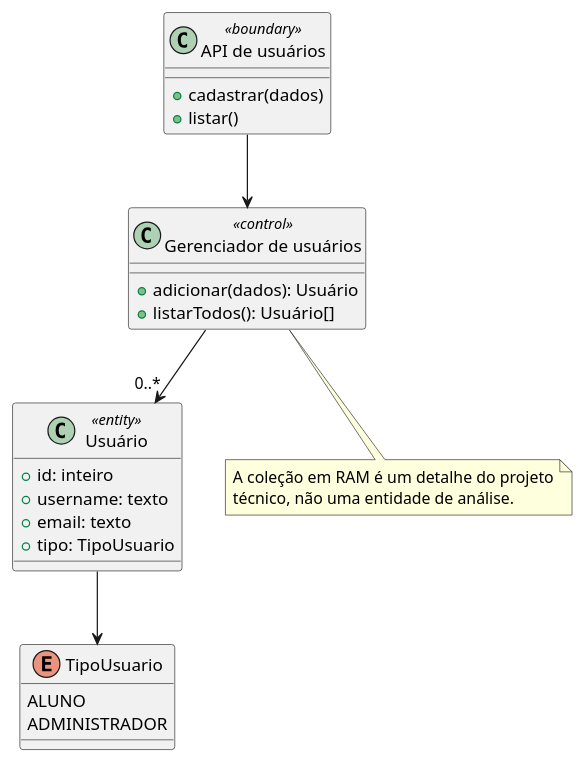
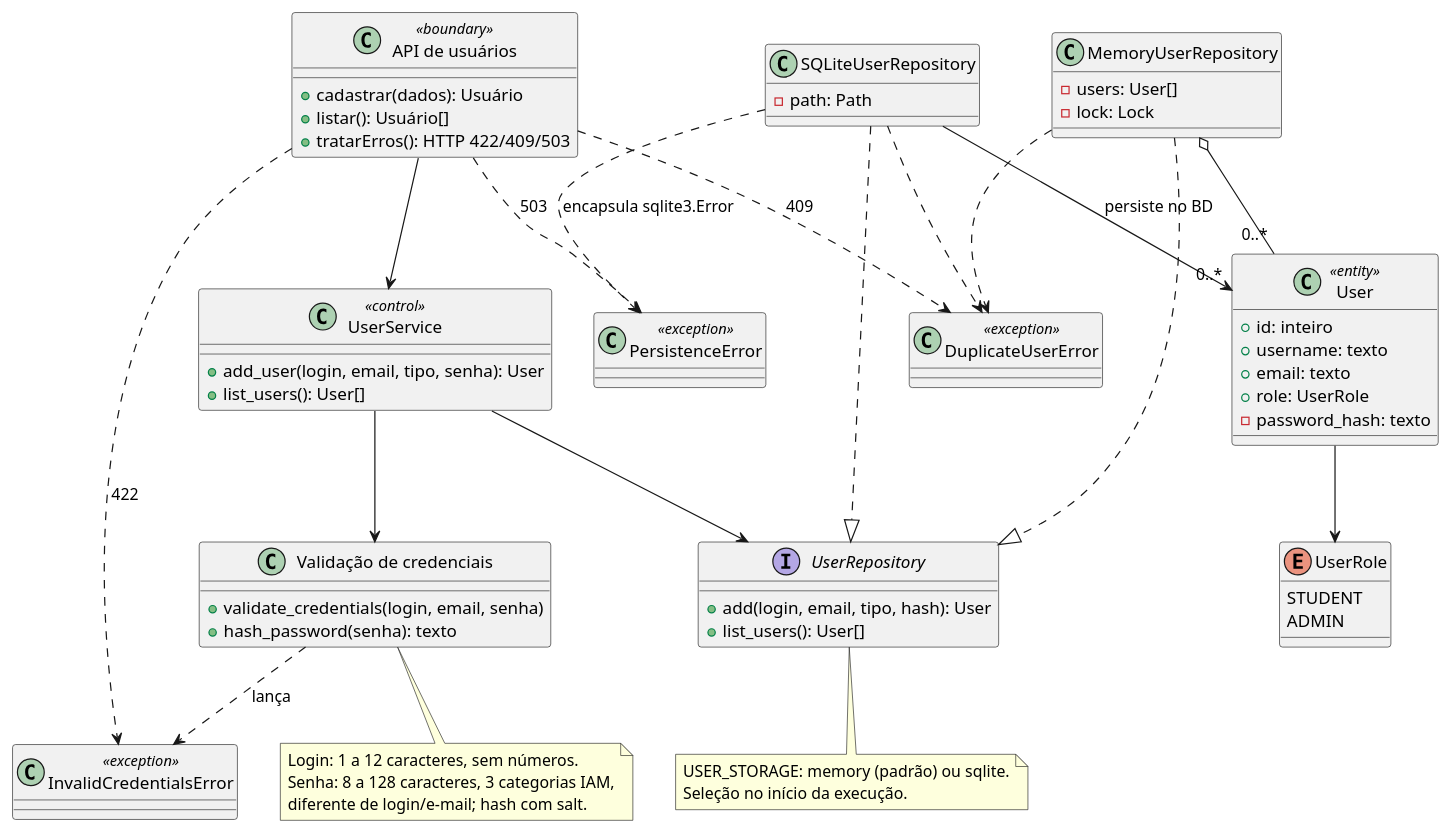
One commit to Miguelqfs/training-platform changed the diagram in docs/diagramas/classes-analise-usuarios.puml. Above: the diagram before and after it, drawn with PlantUML. The commit also changed 15 other files, not shown here.

First line of the commit message:
feat(users): adicionar validação e persistência selecionável

```diff
--- a/docs/diagramas/classes-analise-usuarios.puml
+++ b/docs/diagramas/classes-analise-usuarios.puml
@@ -1,32 +1,64 @@
 @startuml
 class "API de usuários" as API <<boundary>> {
-  +cadastrar(dados)
-  +listar()
+  +cadastrar(dados): Usuário
+  +listar(): Usuário[]
+  +tratarErros(): HTTP 422/409/503
 }
-
-class "Gerenciador de usuários" as Gerenciador <<control>> {
-  +adicionar(dados): Usuário
-  +listarTodos(): Usuário[]
+class UserService <<control>> {
+  +add_user(login, email, tipo, senha): User
+  +list_users(): User[]
 }
-
-class "Usuário" as Usuario <<entity>> {
+class "Validação de credenciais" as Credentials {
+  +validate_credentials(login, email, senha)
+  +hash_password(senha): texto
+}
+class User <<entity>> {
   +id: inteiro
   +username: texto
   +email: texto
-  +tipo: TipoUsuario
+  +role: UserRole
+  -password_hash: texto
 }
-
-enum TipoUsuario {
-  ALUNO
-  ADMINISTRADOR
+enum UserRole {
+  STUDENT
+  ADMIN
 }
-
-API --> Gerenciador
-Gerenciador --> "0..*" Usuario
-Usuario --> TipoUsuario
-
-note bottom of Gerenciador
-  A coleção em RAM é um detalhe do projeto
-  técnico, não uma entidade de análise.
+interface UserRepository {
+  +add(login, email, tipo, hash): User
+  +list_users(): User[]
+}
+class MemoryUserRepository {
+  -users: User[]
+  -lock: Lock
+}
+class SQLiteUserRepository {
+  -path: Path
+}
+class InvalidCredentialsError <<exception>>
+class DuplicateUserError <<exception>>
+class PersistenceError <<exception>>
+API --> UserService
+API ..> InvalidCredentialsError : 422
+API ..> DuplicateUserError : 409
+API ..> PersistenceError : 503
+UserService --> Credentials
+UserService --> UserRepository
+Credentials ..> InvalidCredentialsError : lança
+MemoryUserRepository ..|> UserRepository
+SQLiteUserRepository ..|> UserRepository
+MemoryUserRepository o-- "0..*" User
+SQLiteUserRepository --> "0..*" User : persiste no BD
+MemoryUserRepository ..> DuplicateUserError
+SQLiteUserRepository ..> DuplicateUserError
+SQLiteUserRepository ..> PersistenceError : encapsula sqlite3.Error
+User --> UserRole
+note bottom of Credentials
+  Login: 1 a 12 caracteres, sem números.
+  Senha: 8 a 128 caracteres, 3 categorias IAM,
+  diferente de login/e-mail; hash com salt.
+end note
+note bottom of UserRepository
+  USER_STORAGE: memory (padrão) ou sqlite.
+  Seleção no início da execução.
 end note
 @enduml
```
